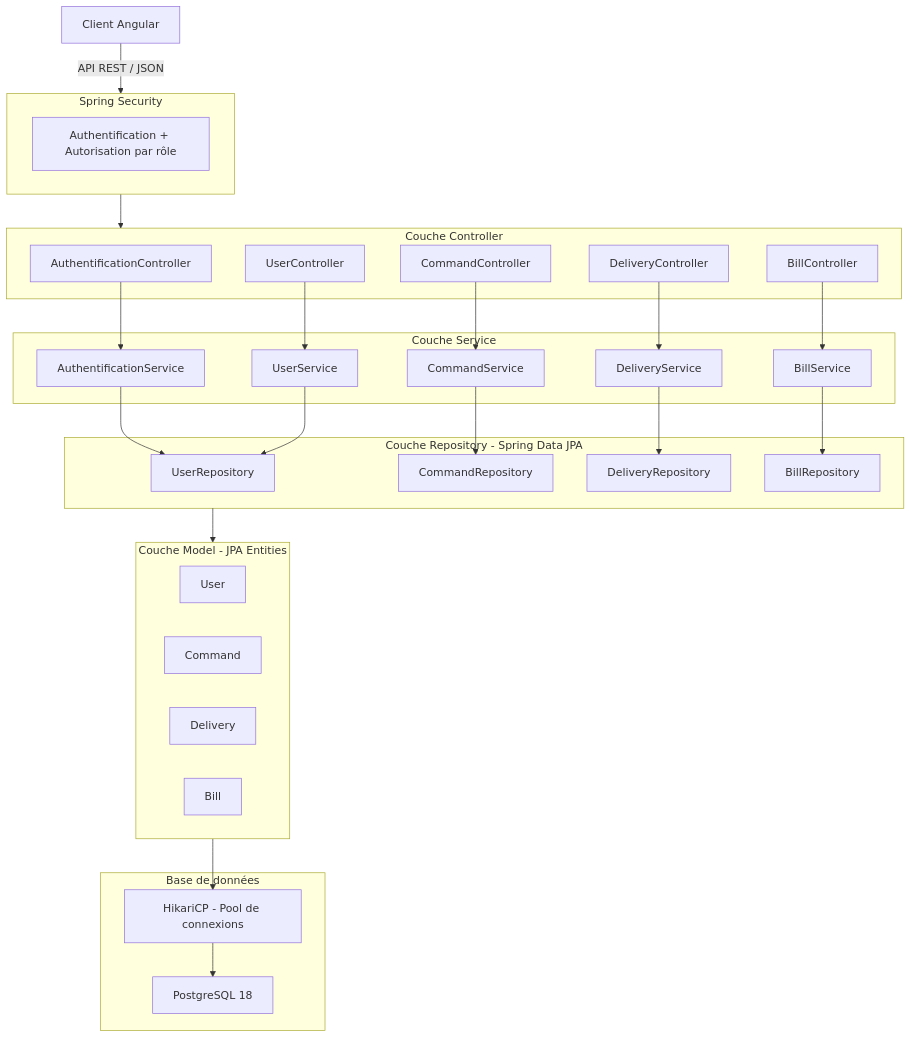
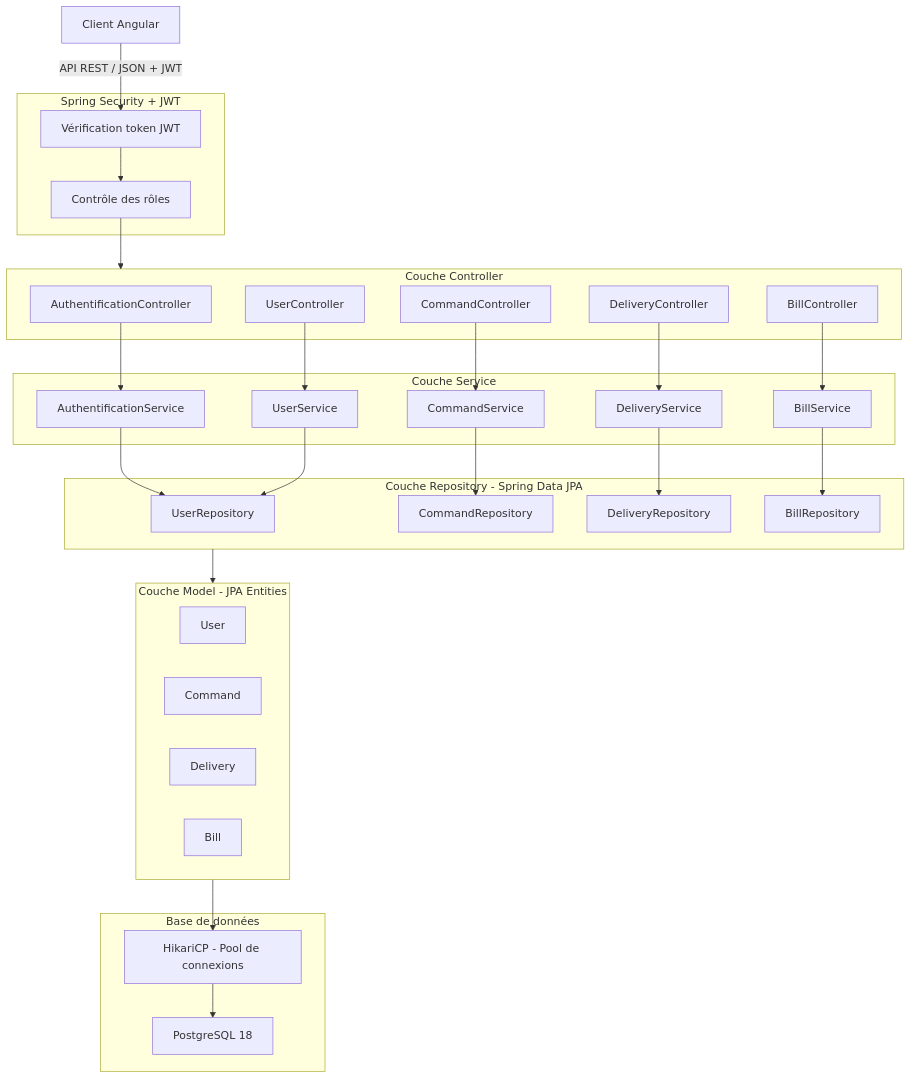
The diagram in Documentation/orientation_livrai.md (LaurentGourouvin/oc-livrai), drawn with Mermaid before and after one commit. The commit also changed other lines of this file, not shown here.

Commit message:
docs: jwt on mermaid

````diff
--- a/Documentation/orientation_livrai.md
+++ b/Documentation/orientation_livrai.md
@@ -114,59 +114,61 @@
 ```mermaid
 graph TD
     Client["Client Angular"]
 
-    subgraph Security["Spring Security"]
-        Auth["Authentification + Autorisation par rôle"]
+    subgraph Security["Spring Security + JWT"]
+        Auth["Vérification token JWT"]
+        Roles["Contrôle des rôles"]
     end
 
     subgraph Controllers["Couche Controller"]
         AC["AuthentificationController"]
         UC["UserController"]
         CC["CommandController"]
         DC["DeliveryController"]
         BC["BillController"]
     end
 
     subgraph Services["Couche Service"]
         AS["AuthentificationService"]
         US["UserService"]
         CS["CommandService"]
         DS["DeliveryService"]
         BS["BillService"]
     end
 
     subgraph Repositories["Couche Repository - Spring Data JPA"]
         UR["UserRepository"]
         CR["CommandRepository"]
         DR["DeliveryRepository"]
         BR["BillRepository"]
     end
 
     subgraph Models["Couche Model - JPA Entities"]
         UM["User"]
         CM["Command"]
         DM["Delivery"]
         BM["Bill"]
     end
 
     subgraph Database["Base de données"]
         PG["PostgreSQL 18"]
         HK["HikariCP - Pool de connexions"]
     end
 
-    Client -->|"API REST / JSON"| Security
-    Security --> Controllers
+    Client -->|"API REST / JSON + JWT"| Auth
+    Auth --> Roles
+    Roles --> Controllers
     AC --> AS
     UC --> US
     CC --> CS
     DC --> DS
     BC --> BS
     AS --> UR
     US --> UR
     CS --> CR
     DS --> DR
     BS --> BR
     Repositories --> Models
     Models --> HK
     HK --> PG
 ```
````
